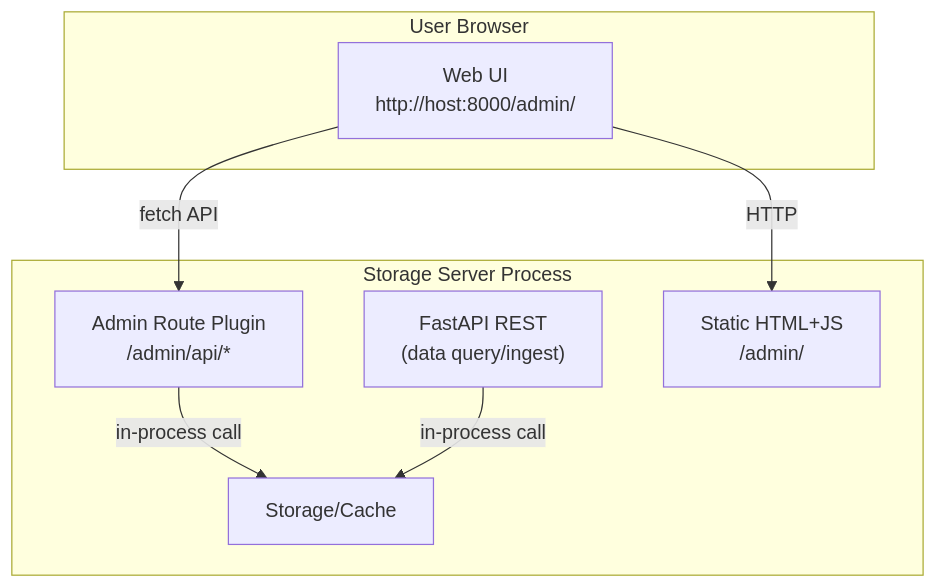
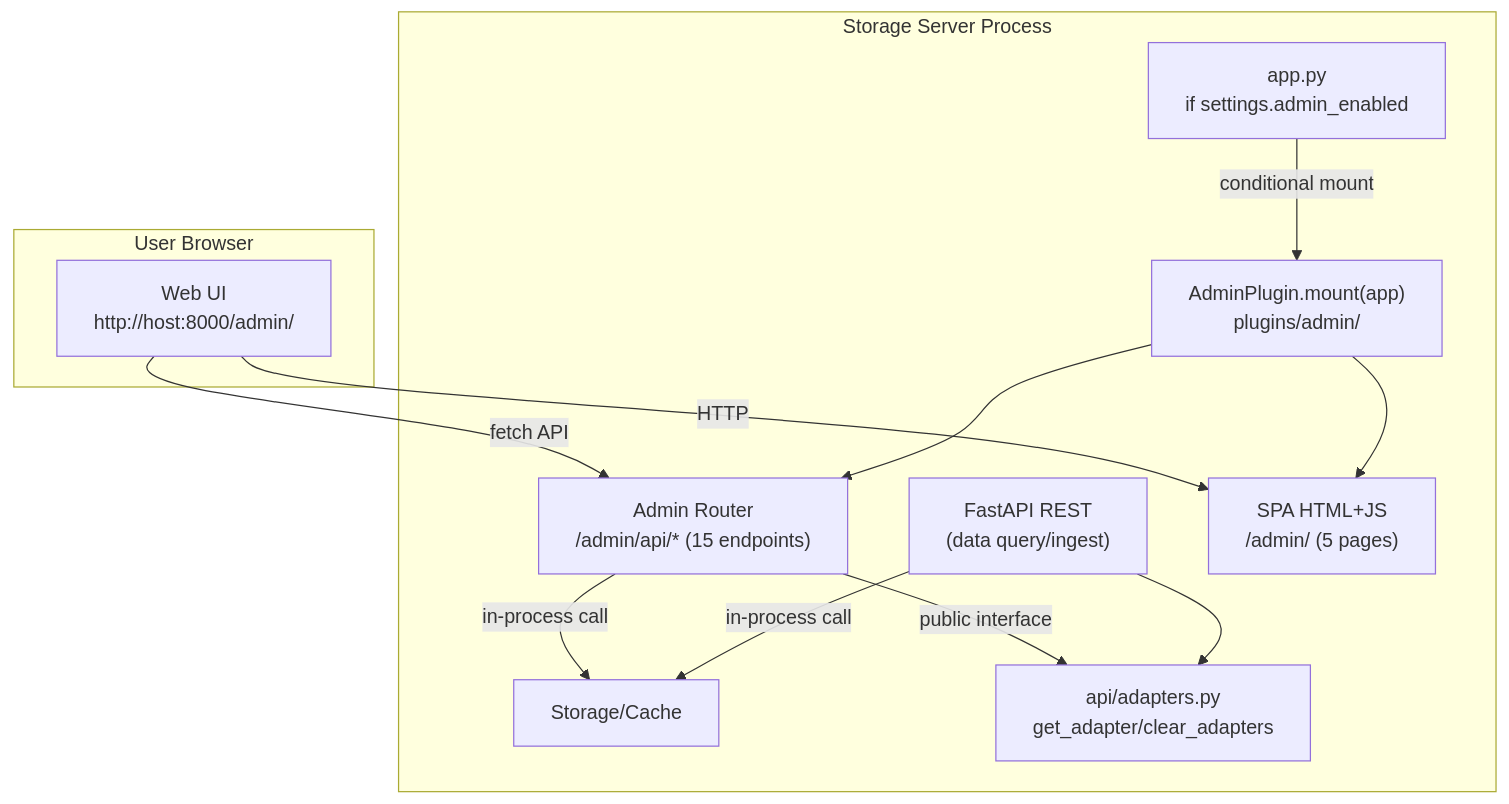
Before and after one commit to RESBI/StockStatistic: the fifth of 5 diagrams in DESIGN.md, drawn with Mermaid. The commit also changed other lines of this file and 5 other files, not shown here.

First line of the commit message:
Update all 6 docs to reflect plugin-based admin architecture

````diff
--- a/DESIGN.md
+++ b/DESIGN.md
@@ -669,18 +702,26 @@
 ```mermaid
 graph TB
     subgraph "User Browser"
         WEB["Web UI<br/>http://host:8000/admin/"]
     end
 
     subgraph "Storage Server Process"
+        APP["app.py<br/>if settings.admin_enabled"]
+        PLUGIN["AdminPlugin.mount(app)<br/>plugins/admin/"]
         API["FastAPI REST<br/>(data query/ingest)"]
-        ADMIN["Admin Route Plugin<br/>/admin/api/*"]
-        STATIC["Static HTML+JS<br/>/admin/"]
+        ROUTER["Admin Router<br/>/admin/api/* (15 endpoints)"]
+        STATIC["SPA HTML+JS<br/>/admin/ (5 pages)"]
         DB["Storage/Cache"]
+        ADAPTERS["api/adapters.py<br/>get_adapter/clear_adapters"]
     end
 
     WEB -->|"HTTP"| STATIC
-    WEB -->|"fetch API"| ADMIN
-    ADMIN -->|"in-process call"| DB
+    WEB -->|"fetch API"| ROUTER
+    APP -->|"conditional mount"| PLUGIN
+    PLUGIN --> ROUTER
+    PLUGIN --> STATIC
+    ROUTER -->|"in-process call"| DB
+    ROUTER -->|"public interface"| ADAPTERS
     API -->|"in-process call"| DB
+    API --> ADAPTERS
 ```
````
